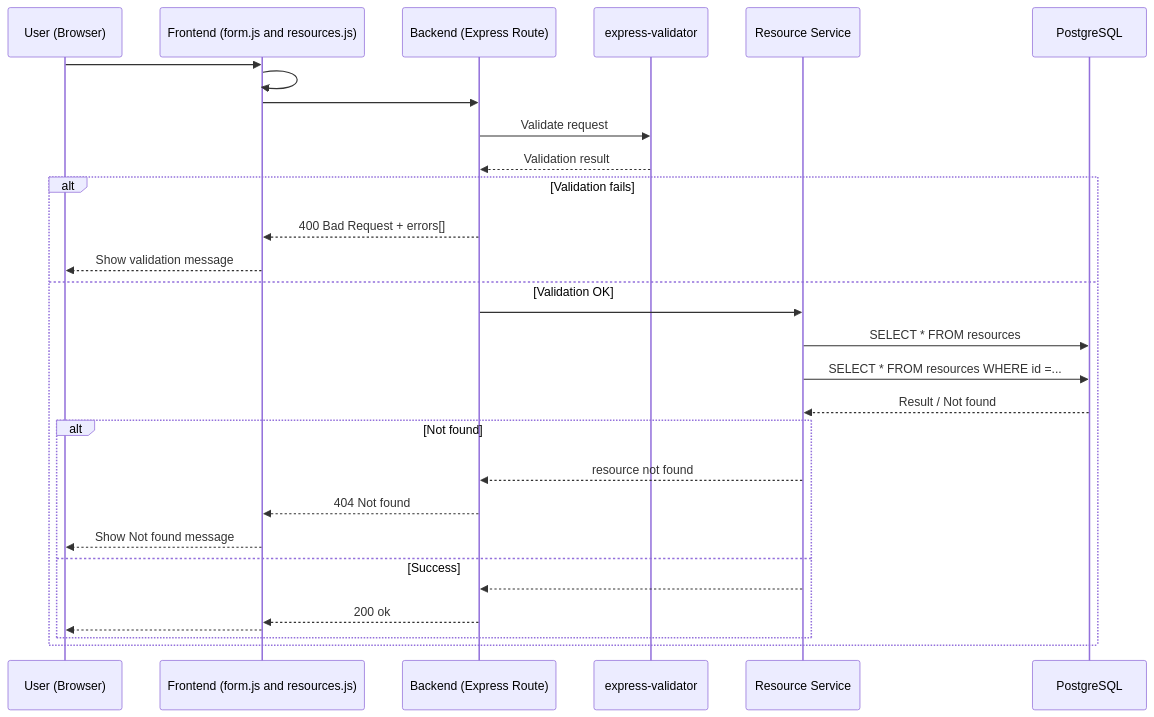
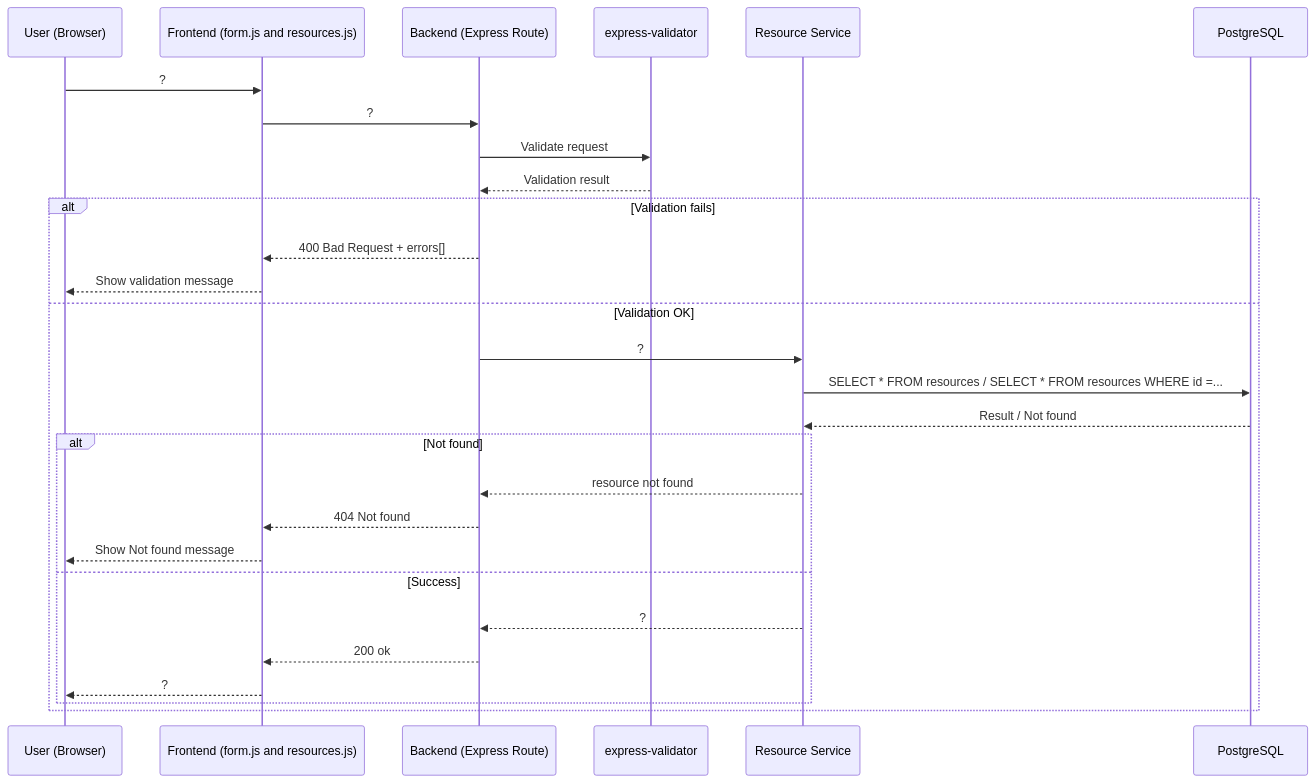
Before and after one commit to rebeckaskog/Web-jatko: the second of 4 diagrams in task-g/BookingSystem/Phase-6/G1_CRUD_DataFlow.md, drawn with Mermaid. The commit also changed other lines of this file, not shown here.

````diff
--- a/task-g/BookingSystem/Phase-6/G1_CRUD_DataFlow.md
+++ b/task-g/BookingSystem/Phase-6/G1_CRUD_DataFlow.md
@@ -41,36 +41,34 @@
 ```mermaid
 sequenceDiagram
     participant U as User (Browser)
     participant F as Frontend (form.js and resources.js)
     participant B as Backend (Express Route)
     participant V as express-validator
     participant S as Resource Service
     participant DB as PostgreSQL
 
-    U->>F: 
-    F->>F: 
-    F->>B: 
+    U->>F: ?
+    F->>B: ?
 
     B->>V: Validate request
     V-->>B: Validation result
 
     alt Validation fails
         B-->>F: 400 Bad Request + errors[]
         F-->>U: Show validation message
     else Validation OK
-        B->>S: 
-        S->>DB: SELECT * FROM resources
-        S->>DB: SELECT * FROM resources WHERE id =...
+        B->>S: ?
+        S->>DB: SELECT * FROM resources / SELECT * FROM resources WHERE id =...
         DB-->>S: Result / Not found
 
         alt Not found
             S-->>B: resource not found
             B-->>F: 404 Not found
             F-->>U: Show Not found message
         else Success
-            S-->>B: 
+            S-->>B: ?
             B-->>F: 200 ok
-            F-->>U: 
+            F-->>U: ?
         end
     end
 ```
````
